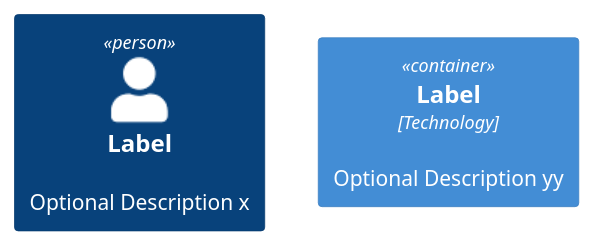
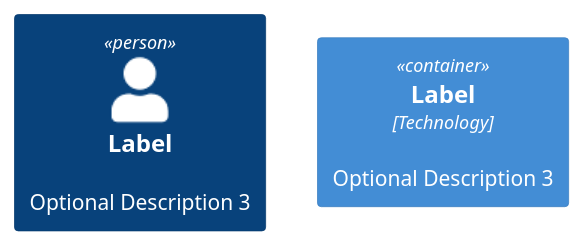
The diagram in diagrams/maze.puml (budgiedownunder/maze), drawn with PlantUML before and after one commit. The commit also changed 2 other files, not shown here.

```diff
--- a/diagrams/maze.puml
+++ b/diagrams/maze.puml
@@ -1,8 +1,7 @@
 @startuml
 
 !include https://raw.githubusercontent.com/plantuml-stdlib/C4-PlantUML/master/C4_Container.puml
 
-
-Person(personAlias, "Label", "Optional Description x")
-Container(containerAlias, "Label", "Technology", "Optional Description yy")
+Person(personAlias, "Label", "Optional Description 3")
+Container(containerAlias, "Label", "Technology", "Optional Description 3")
 @enduml
```
